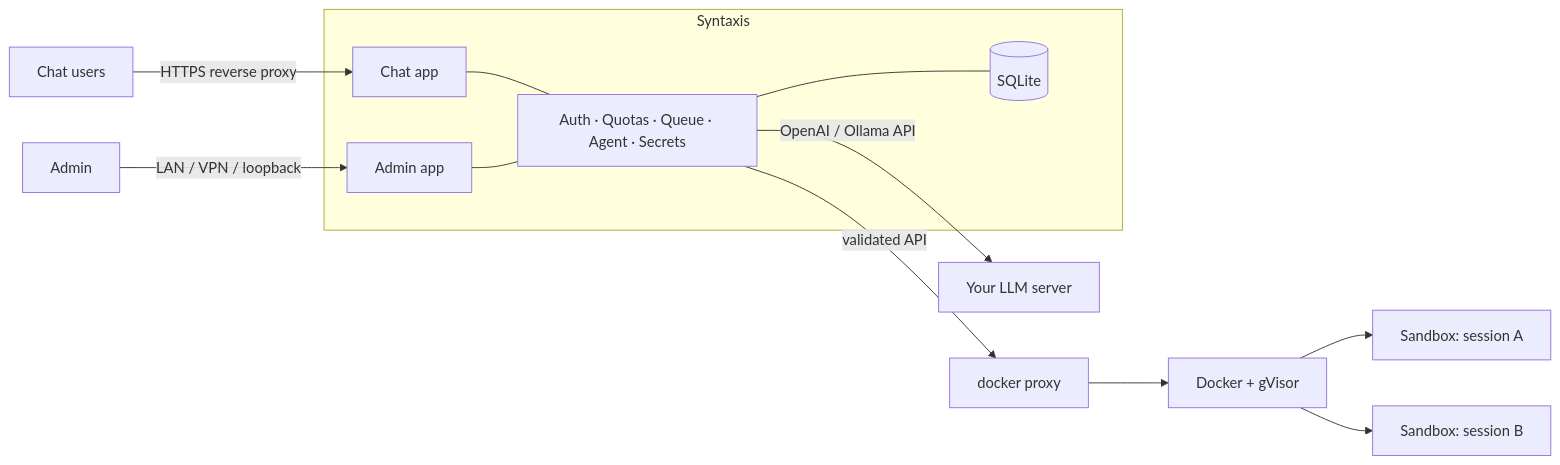
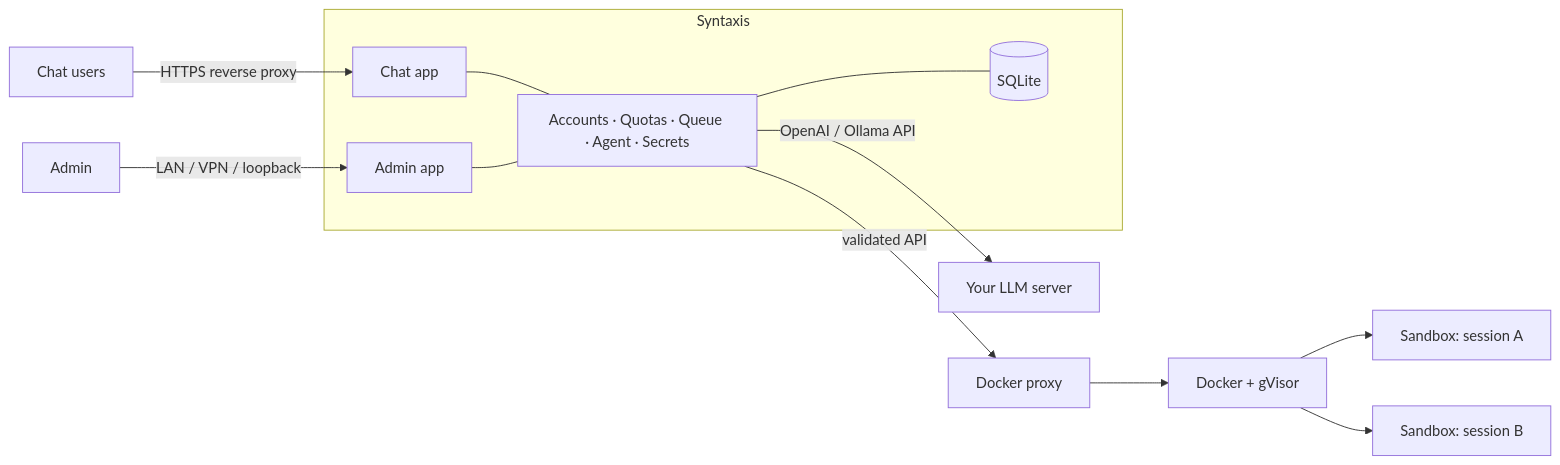
Before and after one commit to kolonuk/syntaxis: the diagram in docs/architecture.md, drawn with Mermaid. The commit also changed other lines of this file and 5 other files, not shown here.

````diff
--- a/docs/architecture.md
+++ b/docs/architecture.md
@@ -5,15 +5,15 @@
 ```mermaid
 flowchart LR
   U[Chat users] -->|HTTPS reverse proxy| CH[Chat app]
   A[Admin] -->|LAN / VPN / loopback| AD[Admin app]
   subgraph syntaxis[Syntaxis]
-    CH --- CORE[Auth · Quotas · Queue · Agent · Secrets]
+    CH --- CORE[Accounts · Quotas · Queue · Agent · Secrets]
     AD --- CORE
     CORE --- DB[(SQLite)]
   end
   CORE -->|OpenAI / Ollama API| LLM[Your LLM server]
-  CORE -->|validated API| SP[docker proxy]
+  CORE -->|validated API| SP[Docker proxy]
   SP --> D[Docker + gVisor]
   D --> S1[Sandbox: session A]
   D --> S2[Sandbox: session B]
 ```
````
